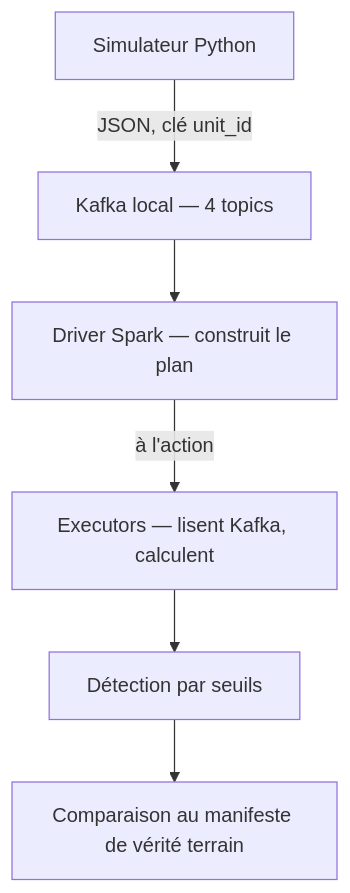
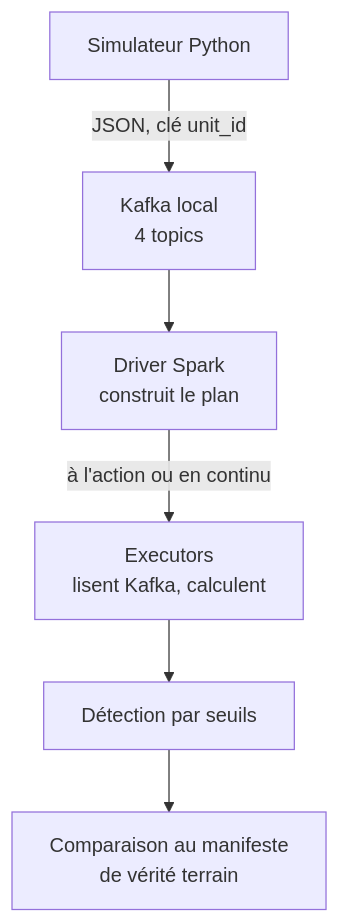
The first of 2 diagrams in README.md (thcarole1/ev-powertrain-manufacturing_analytics), drawn with Mermaid before and after one commit. The commit also changed other lines of this file, not shown here.

````diff
--- a/README.md
+++ b/README.md
@@ -21,8 +21,8 @@
 ```mermaid
 flowchart TD
-    A[Simulateur Python] -->|JSON, clé unit_id| B[Kafka local — 4 topics]
-    B --> C[Driver Spark — construit le plan]
-    C -->|à l'action| D[Executors — lisent Kafka, calculent]
-    D --> E[Détection par seuils]
-    E --> F[Comparaison au manifeste de vérité terrain]
+    A["Simulateur Python"] -->|"JSON, clé unit_id"| B["Kafka local<br/>4 topics"]
+    B --> C["Driver Spark<br/>construit le plan"]
+    C -->|"à l'action ou en continu"| D["Executors<br/>lisent Kafka, calculent"]
+    D --> E["Détection par seuils"]
+    E --> F["Comparaison au manifeste<br/>de vérité terrain"]
 ```
````
